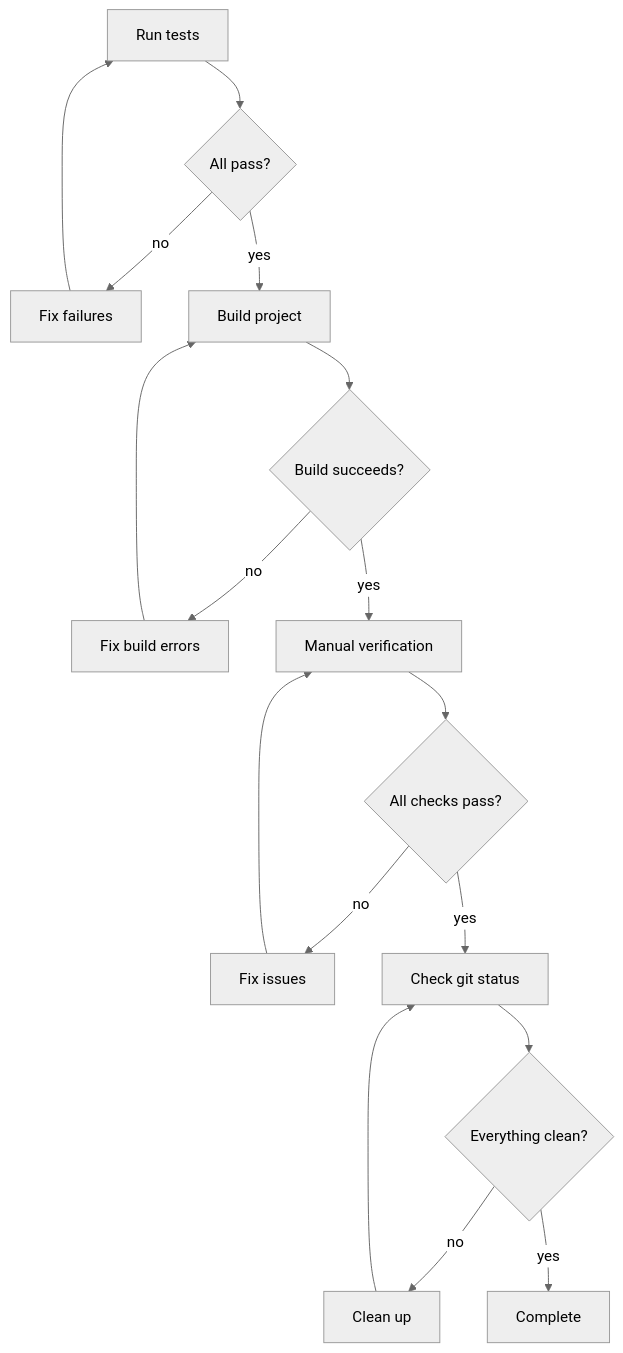
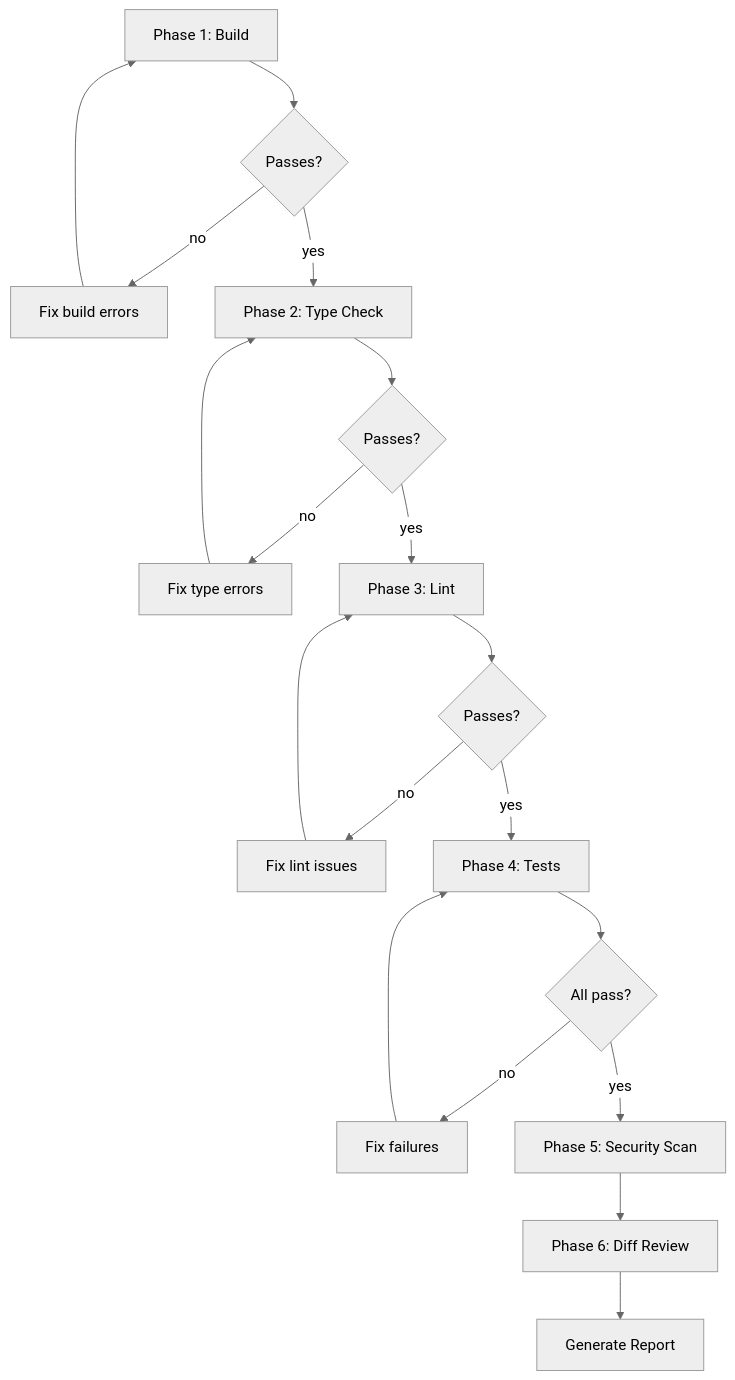
The diagram in skills/superpowers/verification-before-completion/SKILL.md (pramudityad/pi-config), drawn with Mermaid (neutral theme) before and after one commit. The commit also changed other lines of this file and 14 other files, not shown here.

````diff
--- a/skills/superpowers/verification-before-completion/SKILL.md
+++ b/skills/superpowers/verification-before-completion/SKILL.md
@@ -97,19 +38,21 @@
 ```mermaid
 flowchart TD
-    A["Run tests"] --> B{All pass?}
-    B -->|no| C["Fix failures"]
-    C --> A
-    B -->|yes| D["Build project"]
-    D --> E{Build succeeds?}
-    E -->|no| F["Fix build errors"]
-    F --> D
-    E -->|yes| G["Manual verification"]
-    G --> H{"All checks pass?"}
-    H -->|no| I["Fix issues"]
-    I --> G
-    H -->|yes| J["Check git status"]
-    J --> K{Everything clean?}
-    K -->|no| L["Clean up"]
-    L --> J
-    K -->|yes| M["Complete"]
+    A["Phase 1: Build"] --> B{"Passes?"}
+    B -->|no| B1["Fix build errors"]
+    B1 --> A
+    B -->|yes| C["Phase 2: Type Check"]
+    C --> D{"Passes?"}
+    D -->|no| D1["Fix type errors"]
+    D1 --> C
+    D -->|yes| E["Phase 3: Lint"]
+    E --> F{"Passes?"}
+    F -->|no| F1["Fix lint issues"]
+    F1 --> E
+    F -->|yes| G["Phase 4: Tests"]
+    G --> H{"All pass?"}
+    H -->|no| H1["Fix failures"]
+    H1 --> G
+    H -->|yes| I["Phase 5: Security Scan"]
+    I --> J["Phase 6: Diff Review"]
+    J --> K["Generate Report"]
 ```
````
